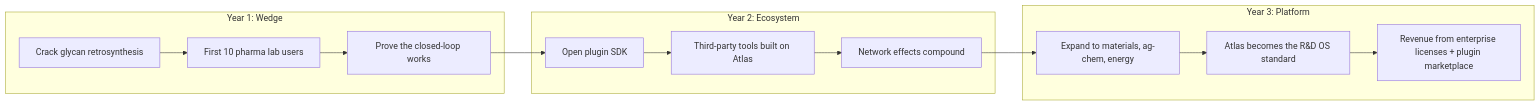
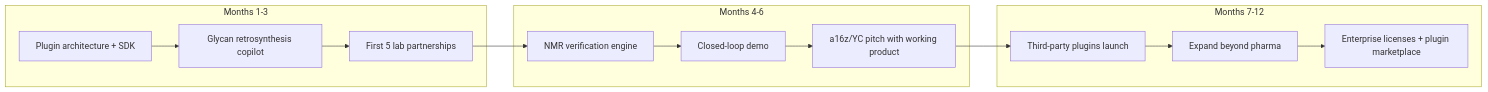
The ninth of 10 diagrams in ATLAS_DISCOVERY_VISION.md (AidanSYu/Atlas-OS), drawn with Mermaid before and after one commit. The commit also changed other lines of this file and 1 other file, not shown here.

````diff
--- a/ATLAS_DISCOVERY_VISION.md
+++ b/ATLAS_DISCOVERY_VISION.md
@@ -531,19 +536,19 @@
 ```mermaid
 flowchart LR
-    subgraph YEAR1["Year 1: Wedge"]
-        W1["Crack glycan retrosynthesis"] --> W2["First 10 pharma lab users"]
-        W2 --> W3["Prove the closed-loop works"]
+    subgraph Q1["Months 1-3"]
+        W1["Plugin architecture + SDK"] --> W2["Glycan retrosynthesis copilot"]
+        W2 --> W3["First 5 lab partnerships"]
     end
 
-    subgraph YEAR2["Year 2: Ecosystem"]
-        W3 --> E1["Open plugin SDK"]
-        E1 --> E2["Third-party tools built on Atlas"]
-        E2 --> E3["Network effects compound"]
+    subgraph Q2["Months 4-6"]
+        W3 --> E1["NMR verification engine"]
+        E1 --> E2["Closed-loop demo"]
+        E2 --> E3["a16z/YC pitch with working product"]
     end
 
-    subgraph YEAR3["Year 3: Platform"]
-        E3 --> P1["Expand to materials, ag-chem, energy"]
-        P1 --> P2["Atlas becomes the R&D OS standard"]
-        P2 --> P3["Revenue from enterprise licenses + plugin marketplace"]
+    subgraph Q3["Months 7-12"]
+        E3 --> P1["Third-party plugins launch"]
+        P1 --> P2["Expand beyond pharma"]
+        P2 --> P3["Enterprise licenses + plugin marketplace"]
     end
 ```
````
